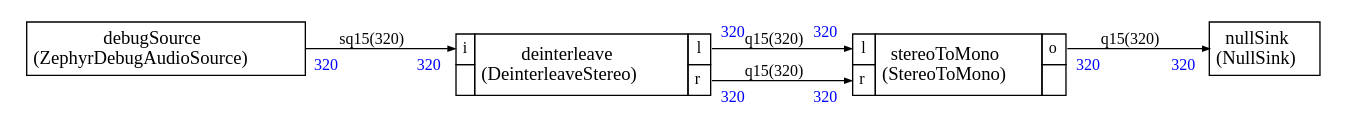
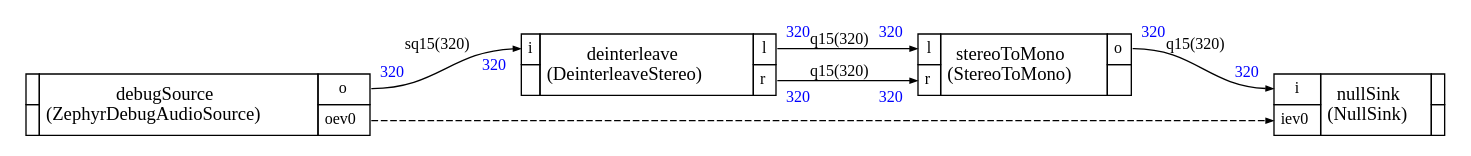
Before and after one commit to christophe0606/ZephyrAI: the diagram in src/stream/scheduler/graph.dot, drawn with Graphviz. The commit also changed 12 other files, not shown here.

```diff
--- a/src/stream/scheduler/graph.dot
+++ b/src/stream/scheduler/graph.dot
@@ -1,89 +1,110 @@
 
 
 
 
 
 
 digraph structs {
     bgcolor = "white"
     node [shape=plaintext,color="black",fontcolor="black",fontname="Times-Roman"]
     rankdir=LR
     edge [arrowsize="0.5",color="black",fontcolor="black",fontname="Times-Roman"]
 
 
+
 debugSource [label=<
 <TABLE color="black" bgcolor="none" BORDER="0" CELLBORDER="1" CELLSPACING="0" CELLPADDING="4">
   <TR>
-    <TD ALIGN="CENTER" PORT="i"><FONT COLOR="black" POINT-SIZE="14.0">debugSource<BR/>(ZephyrDebugAudioSource)</FONT></TD>
+    <TD></TD>
+    <TD ALIGN="CENTER" ROWSPAN="2"><FONT COLOR="black" POINT-SIZE="14.0">debugSource<BR/>(ZephyrDebugAudioSource)</FONT></TD>
+    <TD PORT="o"><FONT POINT-SIZE="12.0" COLOR="black">o</FONT></TD>
   </TR>
+<TR>
+ 
+<TD></TD>
+<TD PORT="oev0"><FONT POINT-SIZE="12.0" COLOR="black">oev0</FONT></TD>
+</TR>
+
 </TABLE>>];
 
 
 deinterleave [label=<
 <TABLE color="black" bgcolor="none" BORDER="0" CELLBORDER="1" CELLSPACING="0" CELLPADDING="4">
   <TR>
     <TD PORT="i"><FONT POINT-SIZE="12.0" COLOR="black">i</FONT></TD>
     <TD ALIGN="CENTER" ROWSPAN="2"><FONT COLOR="black" POINT-SIZE="14.0">deinterleave<BR/>(DeinterleaveStereo)</FONT></TD>
     <TD PORT="l"><FONT POINT-SIZE="12.0" COLOR="black">l</FONT></TD>
   </TR>
 <TR>
  
 <TD></TD>
 <TD PORT="r"><FONT POINT-SIZE="12.0" COLOR="black">r</FONT></TD>
 </TR>
 
 </TABLE>>];
 
+
 nullSink [label=<
 <TABLE color="black" bgcolor="none" BORDER="0" CELLBORDER="1" CELLSPACING="0" CELLPADDING="4">
   <TR>
-    <TD ALIGN="CENTER" PORT="i"><FONT COLOR="black" POINT-SIZE="14.0">nullSink<BR/>(NullSink)</FONT></TD>
+    <TD PORT="i"><FONT POINT-SIZE="12.0" COLOR="black">i</FONT></TD>
+    <TD ALIGN="CENTER" ROWSPAN="2"><FONT COLOR="black" POINT-SIZE="14.0">nullSink<BR/>(NullSink)</FONT></TD>
+    <TD></TD>
   </TR>
+<TR>
+<TD PORT="iev0"><FONT POINT-SIZE="12.0" COLOR="black">iev0</FONT></TD>
+
+ 
+<TD></TD></TR>
+
 </TABLE>>];
 
 
 stereoToMono [label=<
 <TABLE color="black" bgcolor="none" BORDER="0" CELLBORDER="1" CELLSPACING="0" CELLPADDING="4">
   <TR>
     <TD PORT="l"><FONT POINT-SIZE="12.0" COLOR="black">l</FONT></TD>
     <TD ALIGN="CENTER" ROWSPAN="2"><FONT COLOR="black" POINT-SIZE="14.0">stereoToMono<BR/>(StereoToMono)</FONT></TD>
     <TD PORT="o"><FONT POINT-SIZE="12.0" COLOR="black">o</FONT></TD>
   </TR>
 <TR>
 <TD PORT="r"><FONT POINT-SIZE="12.0" COLOR="black">r</FONT></TD>
 
  
 <TD></TD></TR>
 
 </TABLE>>];
 
 
 
-debugSource:i -> deinterleave:i [style="solid",color="black",fontsize="12.0",fontcolor="black",label=<sq15(320)>
+debugSource:o -> deinterleave:i [style="solid",color="black",fontsize="12.0",fontcolor="black",label=<sq15(320)>
 ,headlabel=<<TABLE BORDER="0" CELLPADDING="4"><TR><TD><FONT COLOR="blue" POINT-SIZE="12.0" >320</FONT>
 </TD></TR></TABLE>>
 ,taillabel=<<TABLE BORDER="0" CELLPADDING="4"><TR><TD><FONT COLOR="blue" POINT-SIZE="12.0" >320</FONT>
 </TD></TR></TABLE>>]
 
 deinterleave:l -> stereoToMono:l [style="solid",color="black",fontsize="12.0",fontcolor="black",label=<q15(320)>
 ,headlabel=<<TABLE BORDER="0" CELLPADDING="4"><TR><TD><FONT COLOR="blue" POINT-SIZE="12.0" >320</FONT>
 </TD></TR></TABLE>>
 ,taillabel=<<TABLE BORDER="0" CELLPADDING="4"><TR><TD><FONT COLOR="blue" POINT-SIZE="12.0" >320</FONT>
 </TD></TR></TABLE>>]
 
 deinterleave:r -> stereoToMono:r [style="solid",color="black",fontsize="12.0",fontcolor="black",label=<q15(320)>
 ,headlabel=<<TABLE BORDER="0" CELLPADDING="4"><TR><TD><FONT COLOR="blue" POINT-SIZE="12.0" >320</FONT>
 </TD></TR></TABLE>>
 ,taillabel=<<TABLE BORDER="0" CELLPADDING="4"><TR><TD><FONT COLOR="blue" POINT-SIZE="12.0" >320</FONT>
 </TD></TR></TABLE>>]
 
 stereoToMono:o -> nullSink:i [style="solid",color="black",fontsize="12.0",fontcolor="black",label=<q15(320)>
 ,headlabel=<<TABLE BORDER="0" CELLPADDING="4"><TR><TD><FONT COLOR="blue" POINT-SIZE="12.0" >320</FONT>
 </TD></TR></TABLE>>
 ,taillabel=<<TABLE BORDER="0" CELLPADDING="4"><TR><TD><FONT COLOR="blue" POINT-SIZE="12.0" >320</FONT>
 </TD></TR></TABLE>>]
 
 
 
+debugSource:oev0 -> nullSink:iev0 [style="dashed",color="black",fontsize="12.0",fontcolor="black",label=<>
+
+]
 
 }
```
